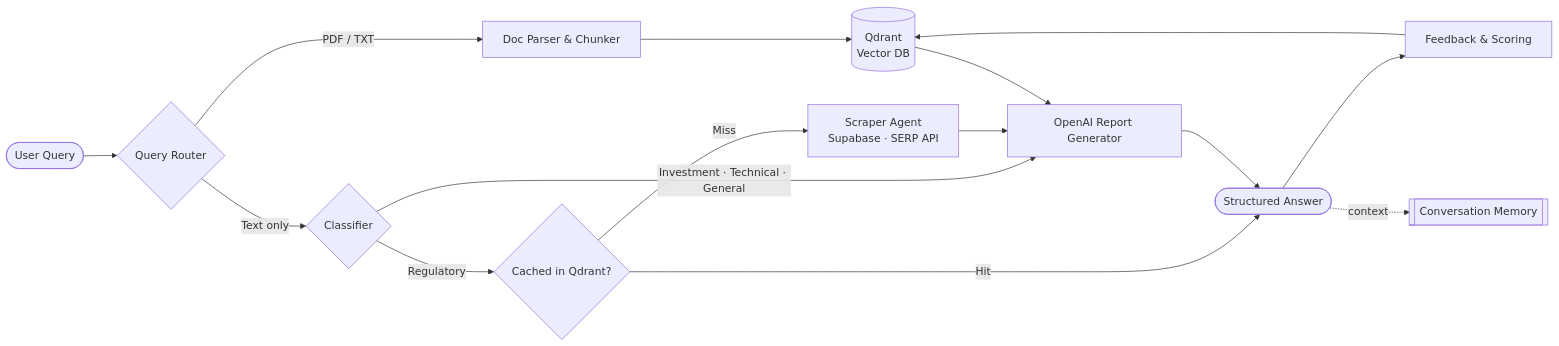
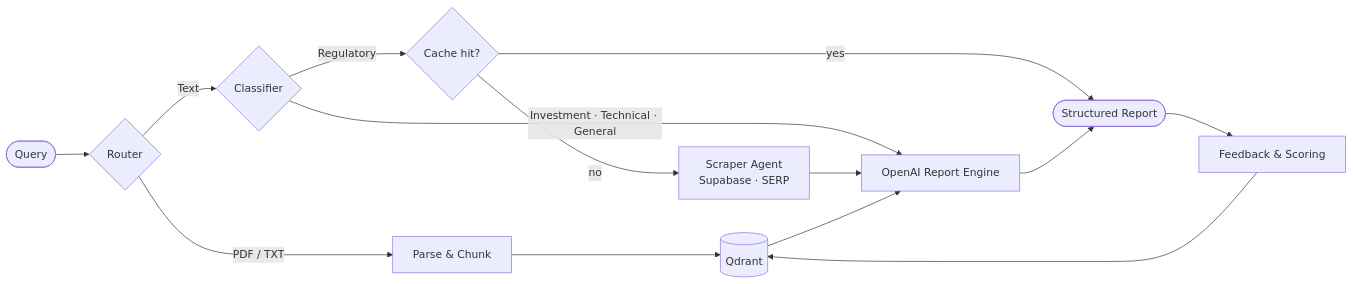
One commit to JAFFARCH/JAFFARCH changed the diagram in README.md. Above: the diagram before and after it, drawn with Mermaid. The commit also changed other lines of this file, not shown here.

````diff
--- a/README.md
+++ b/README.md
@@ -73,13 +72,12 @@
 ```mermaid
 flowchart LR
-    Q([User Query]) --> R{Query Router}
-    R -- PDF / TXT --> D[Doc Parser & Chunker] --> V[(Qdrant<br/>Vector DB)]
-    R -- Text only --> C{Classifier}
-    C -->|Regulatory| K{Cached in Qdrant?}
-    C -->|Investment · Technical · General| L[OpenAI Report Generator]
-    K -- Hit --> A([Structured Answer])
-    K -- Miss --> S[Scraper Agent<br/>Supabase · SERP API] --> L
+    Q([Query]) --> R{Router}
+    R -- PDF / TXT --> D[Parse & Chunk] --> V[(Qdrant)]
+    R -- Text --> C{Classifier}
+    C -->|Regulatory| K{Cache hit?}
+    C -->|Investment · Technical · General| L[OpenAI Report Engine]
+    K -- yes --> A([Structured Report])
+    K -- no --> S[Scraper Agent<br/>Supabase · SERP] --> L
     V --> L --> A
     A --> F[Feedback & Scoring] --> V
-    A -. context .-> M[[Conversation Memory]]
 ```
````
